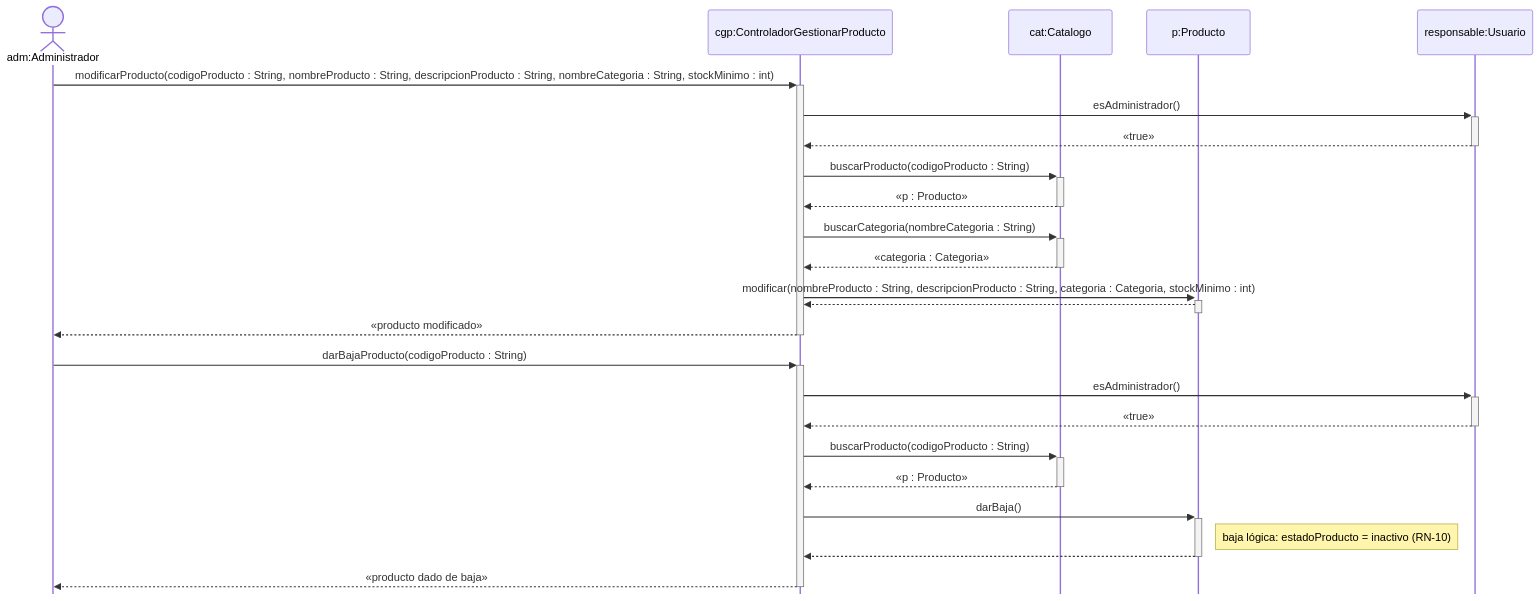
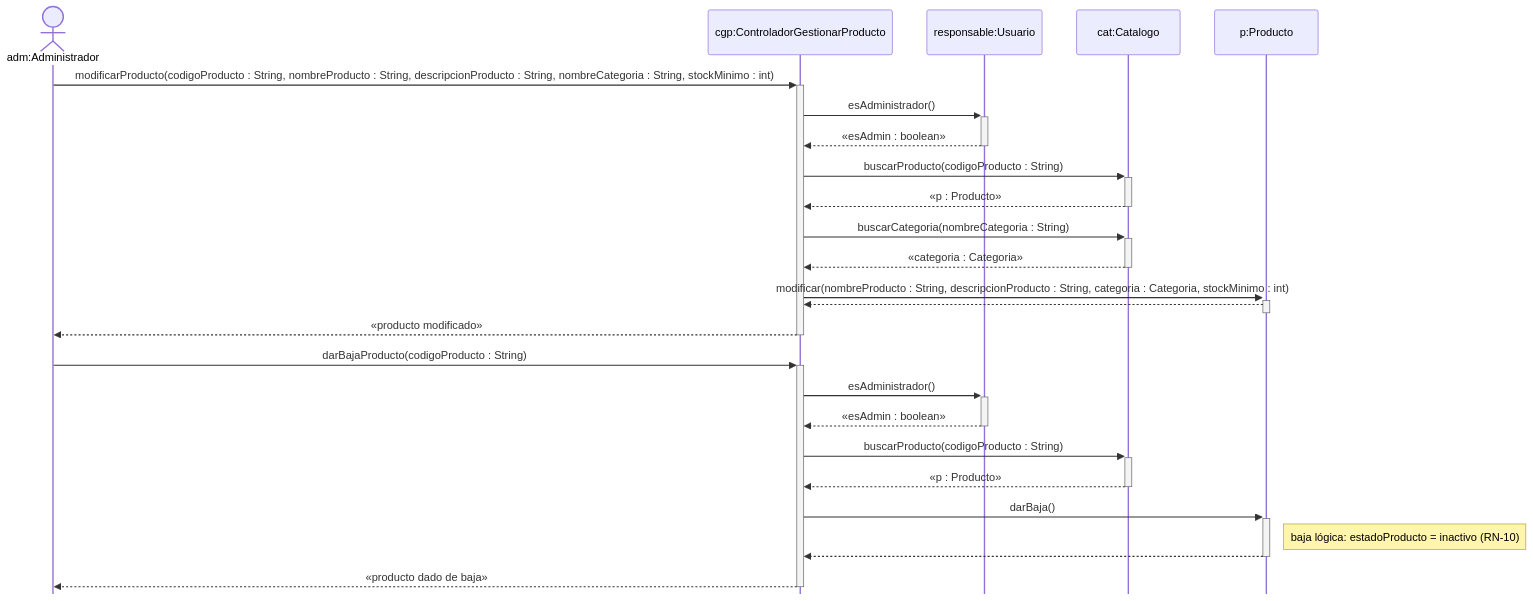
The seventh of 12 diagrams in 08-Diagrama De Secuencia/Diagramas_de_Secuencia.md (cirotop/Stock-Project), drawn with Mermaid before and after one commit. The commit also changed other lines of this file, not shown here.

````diff
--- a/08-Diagrama De Secuencia/Diagramas_de_Secuencia.md
+++ b/08-Diagrama De Secuencia/Diagramas_de_Secuencia.md
@@ -195,30 +226,30 @@
 ```mermaid
 %%{init: {"sequence": {"mirrorActors": false}, "themeCSS": ".loopLine { stroke-dasharray: none !important; stroke-width: 1.5px !important; }"}}%%
 sequenceDiagram
     actor adm as adm:Administrador
     participant cgp as cgp:ControladorGestionarProducto
+    participant resp as responsable:Usuario
     participant cat as cat:Catalogo
     participant p as p:Producto
-    participant resp as responsable:Usuario
 
     adm->>+cgp: modificarProducto(codigoProducto : String, nombreProducto : String, descripcionProducto : String, nombreCategoria : String, stockMinimo : int)
     cgp->>+resp: esAdministrador()
-    resp-->>-cgp: «true»
+    resp-->>-cgp: «esAdmin : boolean»
     cgp->>+cat: buscarProducto(codigoProducto : String)
     cat-->>-cgp: «p : Producto»
     cgp->>+cat: buscarCategoria(nombreCategoria : String)
     cat-->>-cgp: «categoria : Categoria»
     cgp->>+p: modificar(nombreProducto : String, descripcionProducto : String, categoria : Categoria, stockMinimo : int)
     p-->>-cgp: 
     cgp-->>-adm: «producto modificado»
 
     adm->>+cgp: darBajaProducto(codigoProducto : String)
     cgp->>+resp: esAdministrador()
-    resp-->>-cgp: «true»
+    resp-->>-cgp: «esAdmin : boolean»
     cgp->>+cat: buscarProducto(codigoProducto : String)
     cat-->>-cgp: «p : Producto»
     cgp->>+p: darBaja()
     Note right of p: baja lógica: estadoProducto = inactivo (RN-10)
     p-->>-cgp: 
     cgp-->>-adm: «producto dado de baja»
 ```
````
